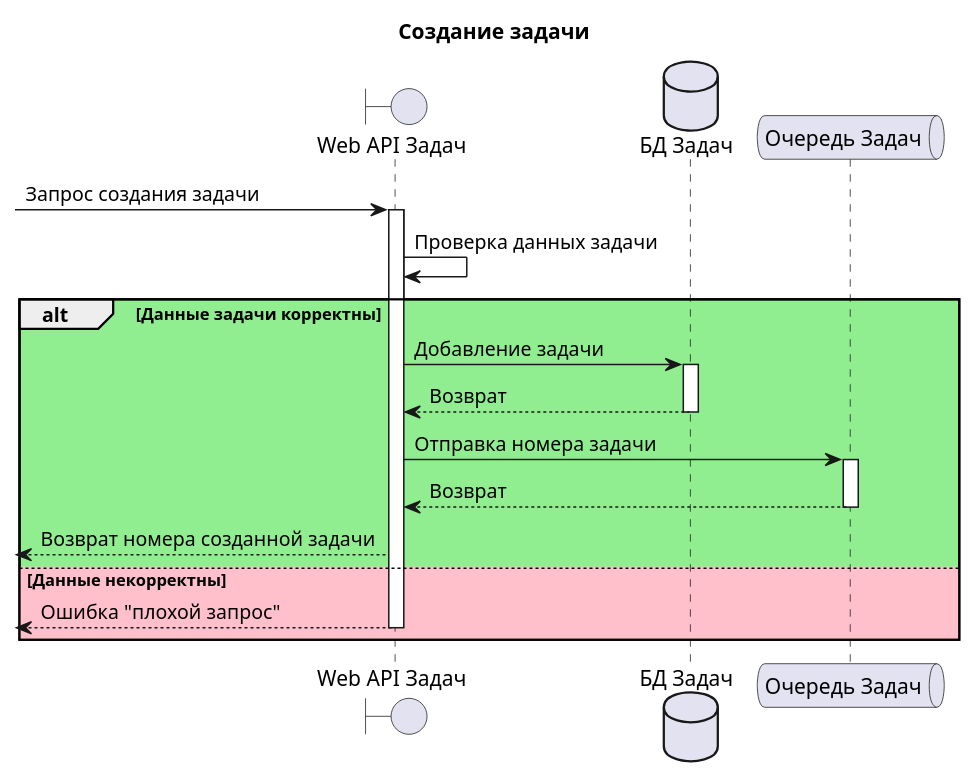
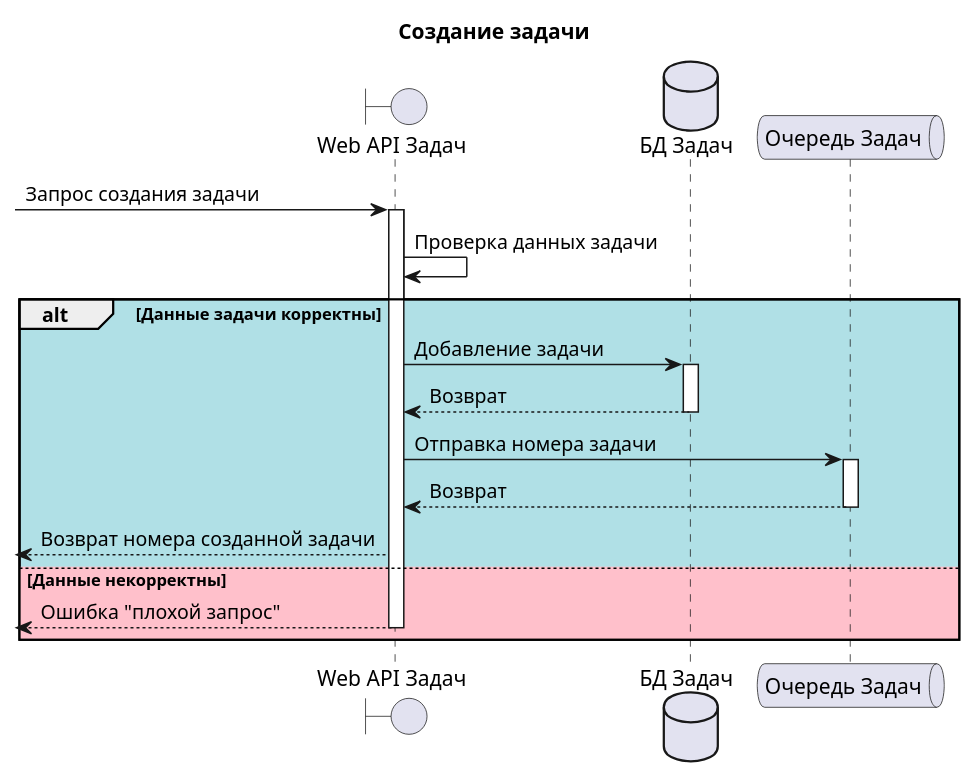
One commit to mrypdm/JobSystem changed the first of 3 diagrams in docs/diagrams/sequence/Job.WebApi.puml. Above: the diagram before and after it, drawn with PlantUML. The commit also changed other lines of this file and 2 other files, not shown here.

```diff
--- a/docs/diagrams/sequence/Job.WebApi.puml
+++ b/docs/diagrams/sequence/Job.WebApi.puml
@@ -1,26 +1,26 @@
 @startuml Create Job
 
 title Создание задачи
 
 boundary "Web API Задач" as API
 database "БД Задач" as DB
 queue "Очередь Задач" as KAFKA
 
 [-> API++: Запрос создания задачи
 API -> API: Проверка данных задачи
 
-alt #LightGreen Данные задачи корректны
+alt #PowderBlue Данные задачи корректны
 
     API -> DB++: Добавление задачи
     DB --> API--: Возврат
     API -> KAFKA++: Отправка номера задачи
     KAFKA --> API--: Возврат
     API -->[: Возврат номера созданной задачи
 
 else #Pink Данные некорректны
 
     API -->[--: Ошибка "плохой запрос"
 
 end
 
 @enduml
```
